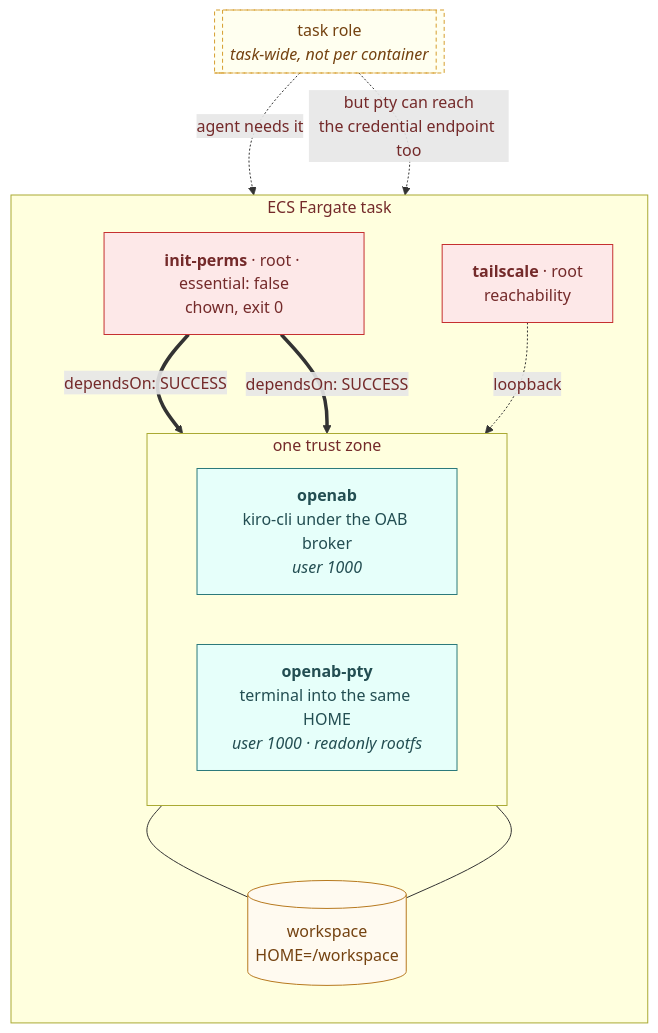
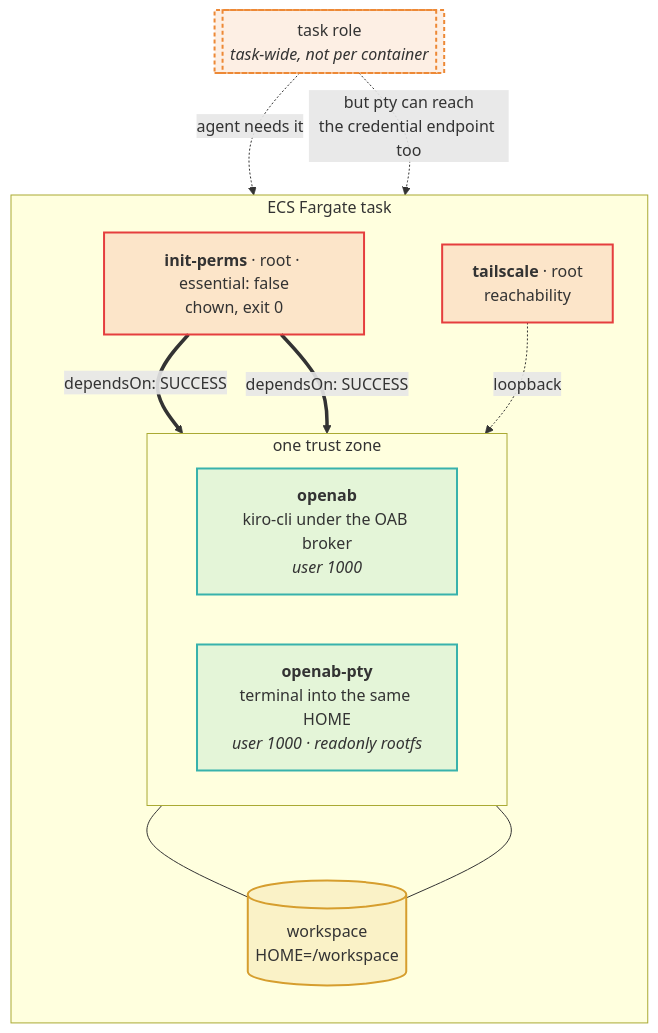
One commit to openabdev/openab-pty changed the second of 2 diagrams in docs/ecsctl-howto.md. Above: the diagram before and after it, drawn with Mermaid. The commit also changed other lines of this file, not shown here.

Commit message:
docs: make the mermaid diagrams readable in dark mode
The first version used opaque pastel fills with a hardcoded dark `color:`. GitHub
switches mermaid's theme with the page, so in dark mode those became bright
patches sitting next to theme-adapted subgraph backgrounds, and my forced dark
node text fought the light text mermaid drew for edge labels and subgraph titles.

Now: 13%-alpha fills that tint whatever canvas is behind them, saturated
mid-tone strokes with contrast on both white and near-black, stroke-width 2 so
the semantic colour reads from the outline rather than the fill, and no `color:`
declaration at all so text follows the theme.

Verified by rendering rather than reasoning -- each diagram was rendered in both
themes through the official mermaid CLI on p1, and the resulting SVGs inspected:

  light theme  -> color:#333
  dark theme   -> color:#F9FFFE and #ccc
  hardcoded text colours remaining: 0 in both
  alpha fills reaching the SVG: #e53e3e22, #38b2ac22, #d69e2e22

The legend sentence now says "red outline" and "teal" to match what is actually
distinguishing the nodes.

````diff
--- a/docs/ecsctl-howto.md
+++ b/docs/ecsctl-howto.md
@@ -76,35 +76,35 @@
 ```mermaid
 flowchart TB
     subgraph task["ECS Fargate task"]
         direction TB
         init["<b>init-perms</b> · root · essential: false<br/>chown, exit 0"]
 
         subgraph zone["one trust zone"]
             direction LR
             agent["<b>openab</b><br/>kiro-cli under the OAB broker<br/><i>user 1000</i>"]
             pty["<b>openab-pty</b><br/>terminal into the same HOME<br/><i>user 1000 · readonly rootfs</i>"]
         end
 
         vol[("workspace<br/>HOME=/workspace")]
         tsd["<b>tailscale</b> · root<br/>reachability"]
 
         init ==>|"dependsOn: SUCCESS"| agent
         init ==>|"dependsOn: SUCCESS"| pty
         agent --- vol
         pty --- vol
         tsd -.->|"loopback"| pty
     end
 
     role[["task role<br/><i>task-wide, not per container</i>"]]
     role -.->|"agent needs it"| agent
     role -.->|"but pty can reach<br/>the credential endpoint too"| pty
 
-    classDef root fill:#fde8e8,stroke:#c53030,color:#742a2a
-    classDef hardened fill:#e6fffa,stroke:#2c7a7b,color:#234e52
-    classDef store fill:#fffaf0,stroke:#b7791f,color:#744210
-    classDef warn fill:#fffff0,stroke:#d69e2e,color:#744210,stroke-dasharray: 4 3
+    classDef root fill:#e53e3e22,stroke:#e53e3e,stroke-width:2px
+    classDef hardened fill:#38b2ac22,stroke:#38b2ac,stroke-width:2px
+    classDef store fill:#d69e2e22,stroke:#d69e2e,stroke-width:2px
+    classDef warn fill:#ed893622,stroke:#ed8936,stroke-width:2px,stroke-dasharray: 4 3
     class init,tsd root
     class agent,pty hardened
     class vol store
     class role warn
 ```
````
